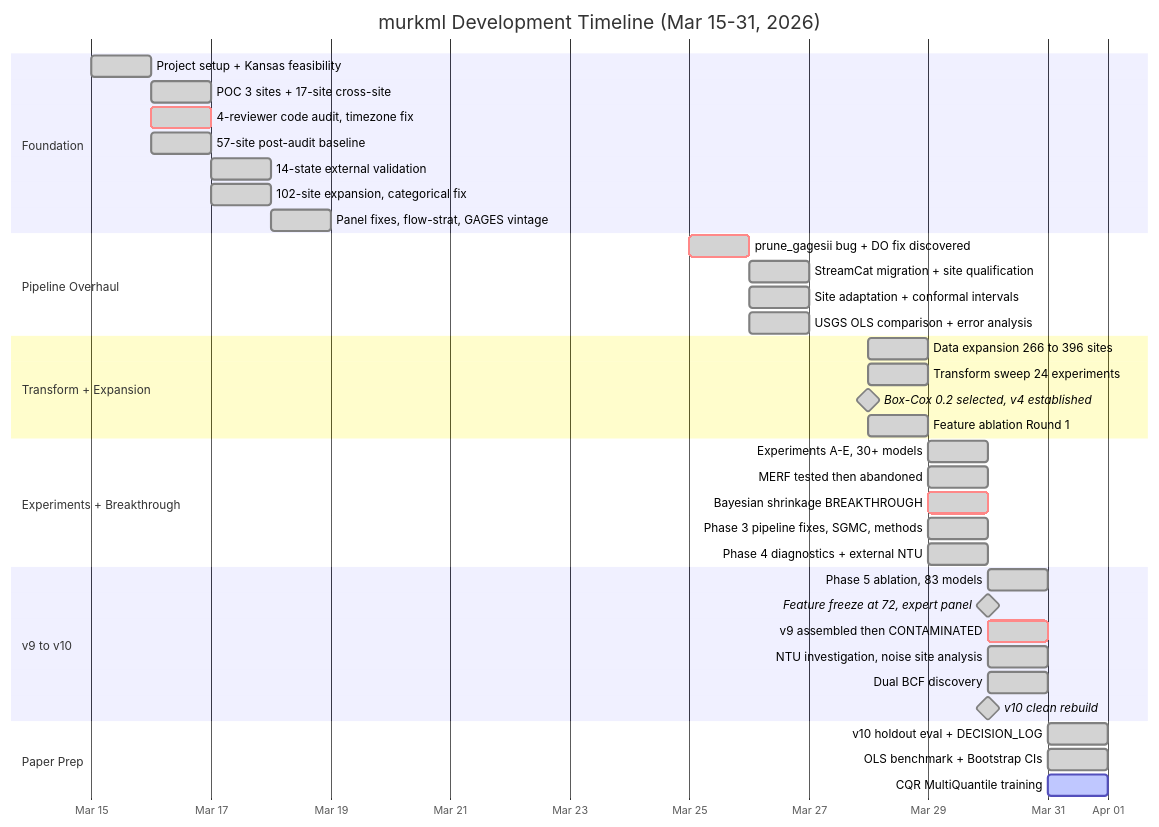
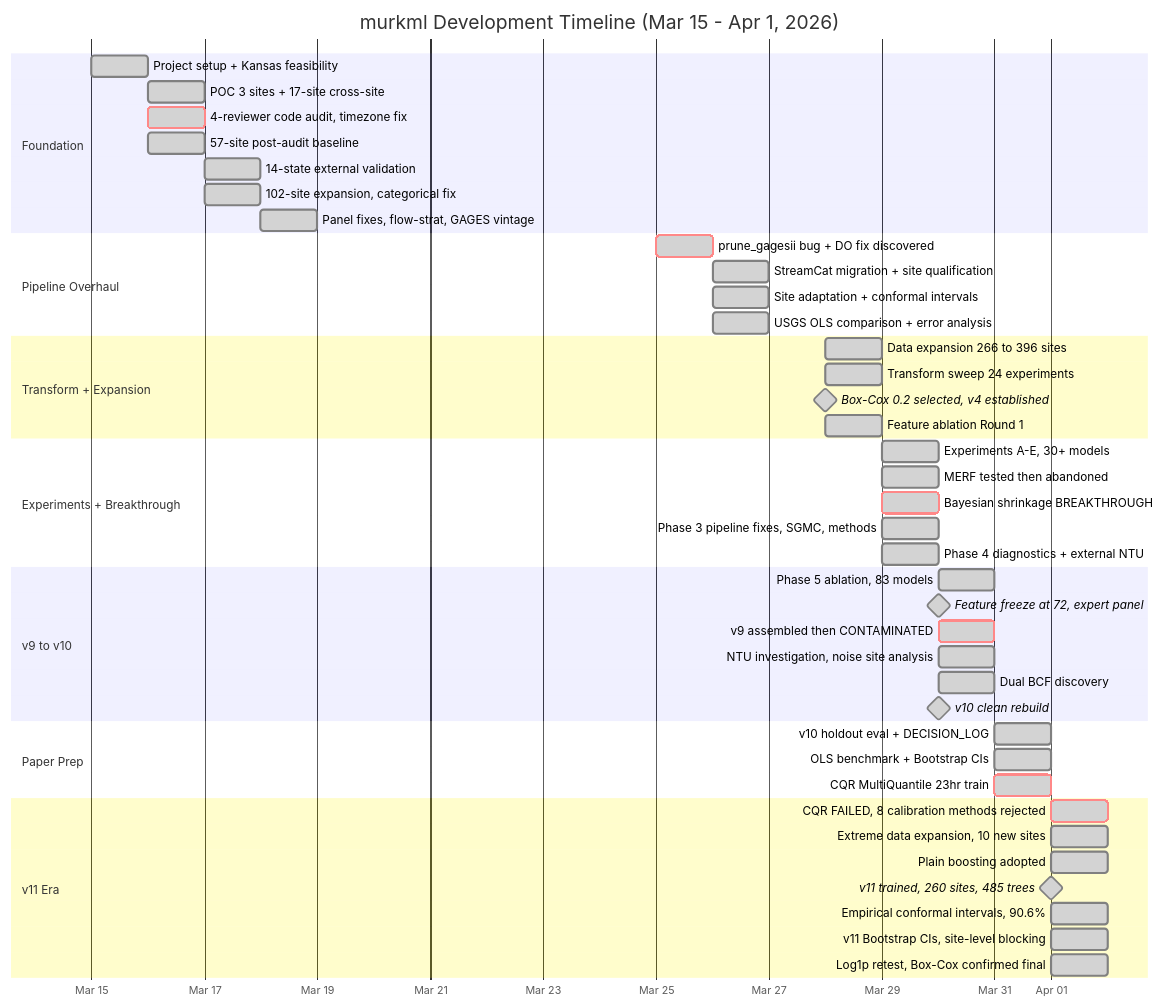
The diagram in dashboard/images/gantt_timeline.mmd (Whiteaeros/murkml), drawn with Mermaid before and after one commit. The commit also changed 21 other files, not shown here.

```diff
--- a/dashboard/images/gantt_timeline.mmd
+++ b/dashboard/images/gantt_timeline.mmd
@@ -1,45 +1,54 @@
 gantt
-    title murkml Development Timeline (Mar 15-31, 2026)
+    title murkml Development Timeline (Mar 15 - Apr 1, 2026)
     dateFormat YYYY-MM-DD
     axisFormat %b %d
 
     section Foundation
     Project setup + Kansas feasibility     :done, 2026-03-15, 1d
     POC 3 sites + 17-site cross-site       :done, 2026-03-16, 1d
     4-reviewer code audit, timezone fix     :crit, done, 2026-03-16, 1d
     57-site post-audit baseline             :done, 2026-03-16, 1d
     14-state external validation            :done, 2026-03-17, 1d
     102-site expansion, categorical fix     :done, 2026-03-17, 1d
     Panel fixes, flow-strat, GAGES vintage  :done, 2026-03-18, 1d
 
     section Pipeline Overhaul
     prune_gagesii bug + DO fix discovered   :crit, done, 2026-03-25, 1d
     StreamCat migration + site qualification:done, 2026-03-26, 1d
     Site adaptation + conformal intervals   :done, 2026-03-26, 1d
     USGS OLS comparison + error analysis    :done, 2026-03-26, 1d
 
     section Transform + Expansion
     Data expansion 266 to 396 sites         :done, 2026-03-28, 1d
     Transform sweep 24 experiments          :done, 2026-03-28, 1d
     Box-Cox 0.2 selected, v4 established    :milestone, done, 2026-03-28, 0d
     Feature ablation Round 1                :done, 2026-03-28, 1d
 
     section Experiments + Breakthrough
     Experiments A-E, 30+ models             :done, 2026-03-29, 1d
     MERF tested then abandoned              :done, 2026-03-29, 1d
     Bayesian shrinkage BREAKTHROUGH         :crit, done, 2026-03-29, 1d
     Phase 3 pipeline fixes, SGMC, methods   :done, 2026-03-29, 1d
     Phase 4 diagnostics + external NTU      :done, 2026-03-29, 1d
 
     section v9 to v10
     Phase 5 ablation, 83 models             :done, 2026-03-30, 1d
     Feature freeze at 72, expert panel      :milestone, done, 2026-03-30, 0d
     v9 assembled then CONTAMINATED          :crit, done, 2026-03-30, 1d
     NTU investigation, noise site analysis  :done, 2026-03-30, 1d
     Dual BCF discovery                      :done, 2026-03-30, 1d
     v10 clean rebuild                       :milestone, done, 2026-03-30, 0d
 
     section Paper Prep
     v10 holdout eval + DECISION_LOG         :done, 2026-03-31, 1d
     OLS benchmark + Bootstrap CIs           :done, 2026-03-31, 1d
-    CQR MultiQuantile training              :active, 2026-03-31, 1d
+    CQR MultiQuantile 23hr train            :crit, done, 2026-03-31, 1d
+
+    section v11 Era
+    CQR FAILED, 8 calibration methods rejected :crit, done, 2026-04-01, 1d
+    Extreme data expansion, 10 new sites    :done, 2026-04-01, 1d
+    Plain boosting adopted                  :done, 2026-04-01, 1d
+    v11 trained, 260 sites, 485 trees       :milestone, done, 2026-04-01, 0d
+    Empirical conformal intervals, 90.6%    :done, 2026-04-01, 1d
+    v11 Bootstrap CIs, site-level blocking  :done, 2026-04-01, 1d
+    Log1p retest, Box-Cox confirmed final   :done, 2026-04-01, 1d
```
